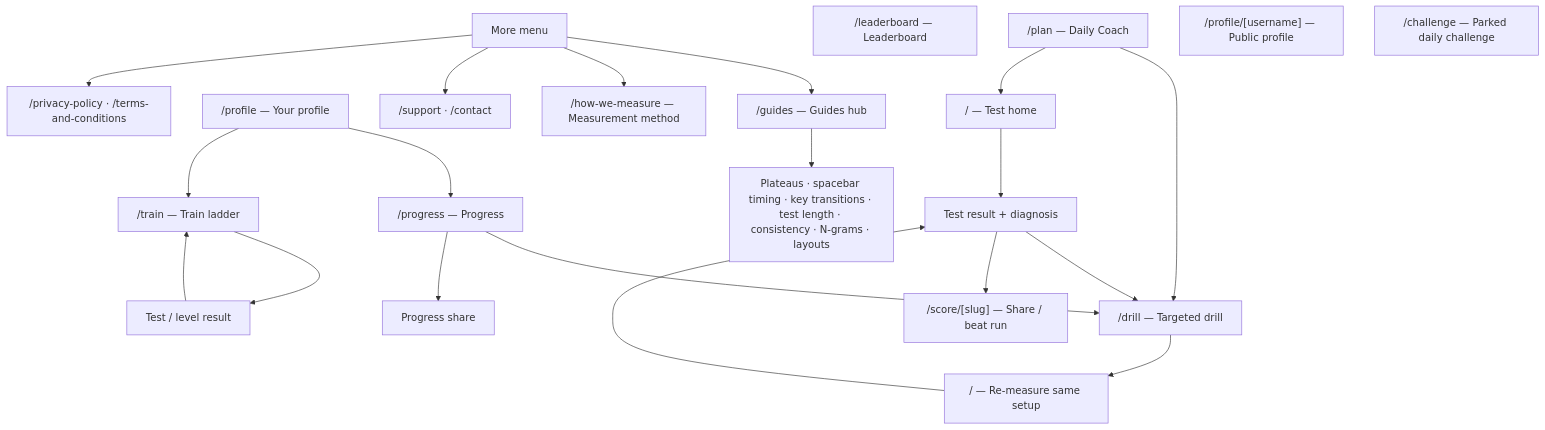
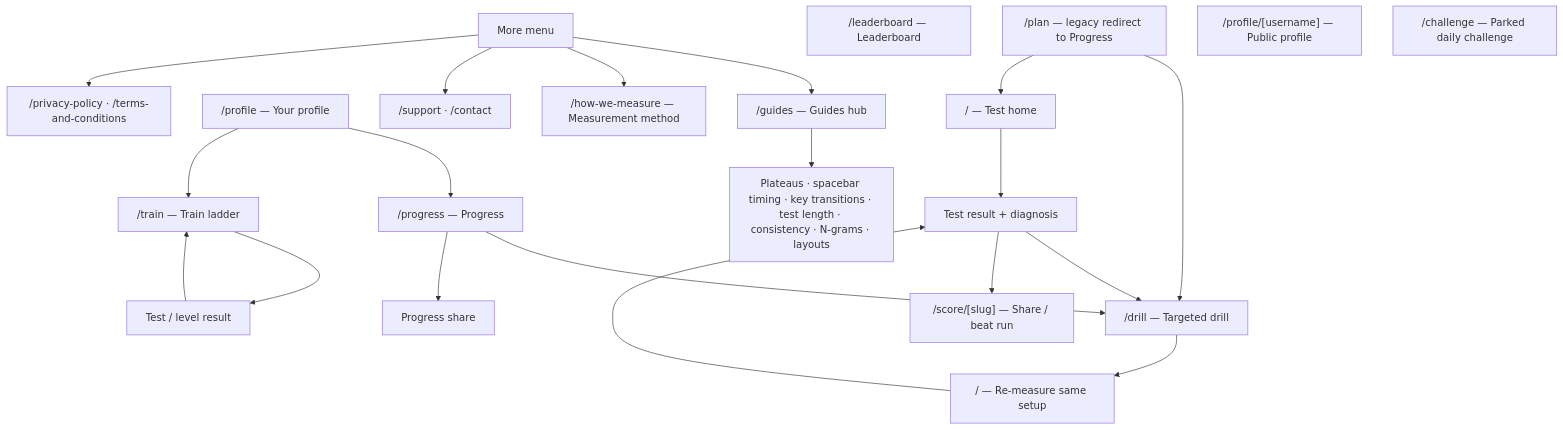
Before and after one commit to SlaterRGordon/typecafe: the diagram in docs/architecture/system-map.md, drawn with Mermaid. The commit also changed other lines of this file and 23 other files, not shown here.

````diff
--- a/docs/architecture/system-map.md
+++ b/docs/architecture/system-map.md
@@ -31,33 +31,33 @@
 ```mermaid
 flowchart TD
     Home["/ — Test home"]
     Progress["/progress — Progress"]
     Train["/train — Train ladder"]
-    Coach["/plan — Daily Coach"]
+    Coach["/plan — legacy redirect to Progress"]
     Leaderboard["/leaderboard — Leaderboard"]
     Profile["/profile — Your profile"]
 
     Home --> Score["Test result + diagnosis"]
     Score --> Drill["/drill — Targeted drill"]
     Drill --> ReMeasure["/ — Re-measure same setup"]
     ReMeasure --> Score
     Score --> Share["/score/[slug] — Share / beat run"]
 
     Progress --> Drill
     Progress --> ShareProgress["Progress share"]
     Coach --> Drill
     Coach --> Home
     Train --> TrainTest["Test / level result"]
     TrainTest --> Train
     Profile --> Progress
     Profile --> Train
 
     More["More menu"] --> Guides["/guides — Guides hub"]
     Guides --> GuideArticles["Plateaus · spacebar timing · key transitions · test length · consistency · N-grams · layouts"]
     More --> Measure["/how-we-measure — Measurement method"]
     More --> Support["/support · /contact"]
     More --> Legal["/privacy-policy · /terms-and-conditions"]
 
     PublicProfile["/profile/[username] — Public profile"]
     Challenge["/challenge — Parked daily challenge"]
 ```
````
